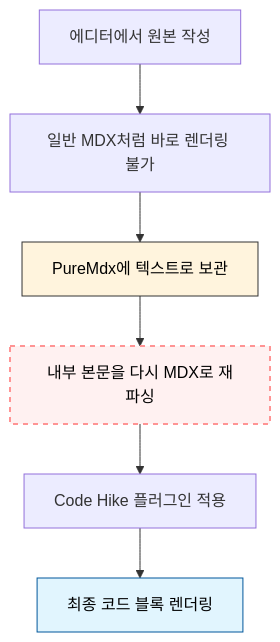
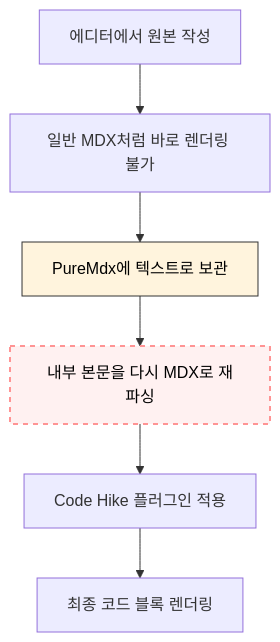
The first of 3 diagrams in src/contents/posts/코드-블럭에-툴팁을-띄우고-싶었을-뿐인데.mdx (bh2980/bh2980_blog), drawn with Mermaid before and after one commit.

Commit message:
Update src/contents/posts/코드-블럭에-툴팁을-띄우고-싶었을-뿐인데

````diff
--- a/src/contents/posts/코드-블럭에-툴팁을-띄우고-싶었을-뿐인데.mdx
+++ b/src/contents/posts/코드-블럭에-툴팁을-띄우고-싶었을-뿐인데.mdx
@@ -58,12 +58,11 @@
 ```mermaid
 flowchart TD
     A["에디터에서 원본 작성"] --> B["일반 MDX처럼 바로 렌더링 불가"]
     B --> C["PureMdx에 텍스트로 보관"]
     C --> D["내부 본문을 다시 MDX로 재파싱"]
     D --> E["Code Hike 플러그인 적용"]
     E --> F["최종 코드 블록 렌더링"]
 
     style C fill:#fff4dd,stroke:#333,color:#000
     style D fill:#fff1f1,stroke:#ff9494,stroke-width:2px,stroke-dasharray: 5 5,color:#000
-    style F fill:#e1f5fe,stroke:#01579b,color:#000
 ```
````
